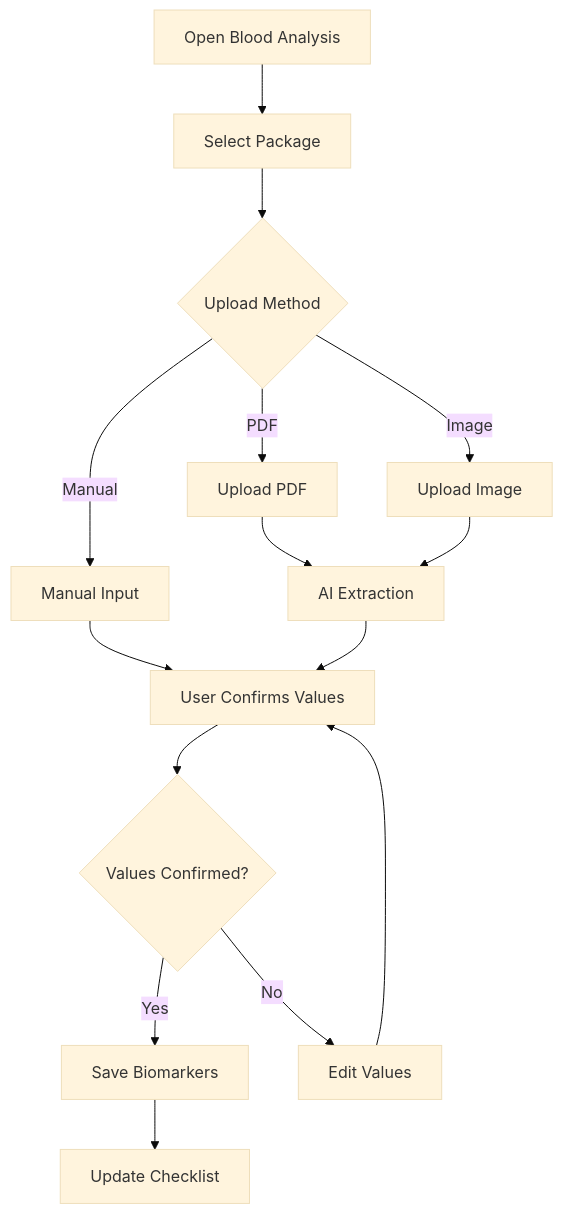
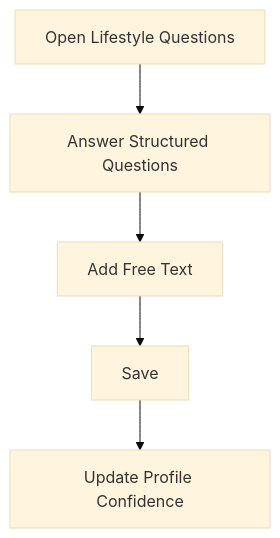
Before and after one commit to Yaroslavkukin/HealthCoach: the seventh of 20 diagrams in docs/USER_FLOW.md, drawn with Mermaid (base theme). The commit also changed other lines of this file and 20 other files, not shown here.

````diff
--- a/docs/USER_FLOW.md
+++ b/docs/USER_FLOW.md
@@ -479,17 +281,7 @@
 ```mermaid
 flowchart TD
-    A[Open Blood Analysis] --> B[Select Package]
-    B --> C{Upload Method}
-    C -->|PDF| D[Upload PDF]
-    C -->|Image| E[Upload Image]
-    C -->|Manual| F[Manual Input]
-    D --> G[AI Extraction]
-    E --> G
-    F --> H[User Confirms Values]
-    G --> H
-    H --> I{Values Confirmed?}
-    I -->|Yes| J[Save Biomarkers]
-    I -->|No| K[Edit Values]
-    K --> H
-    J --> L[Update Checklist]
+    A[Open Lifestyle Questions] --> B[Answer Structured Questions]
+    B --> C[Add Free Text]
+    C --> D[Save]
+    D --> E[Update Profile Confidence]
 ```
````
